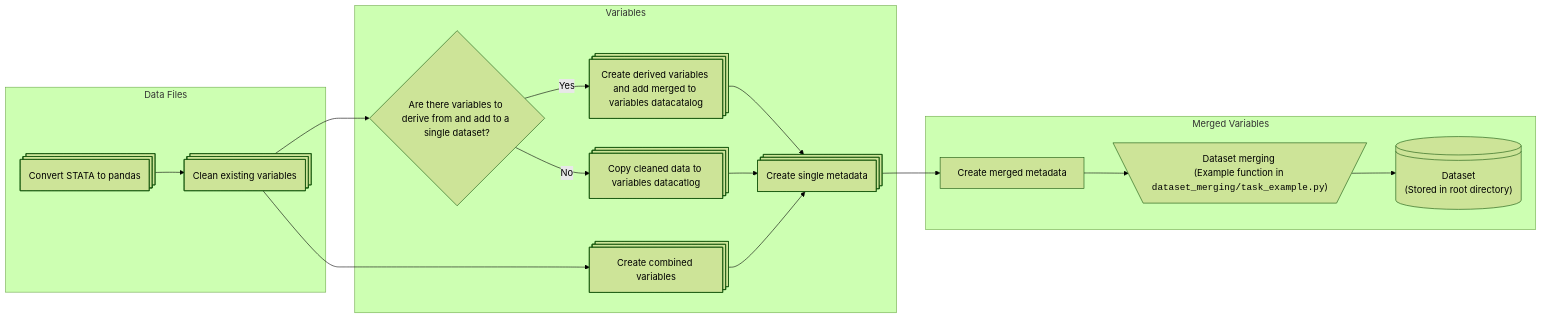
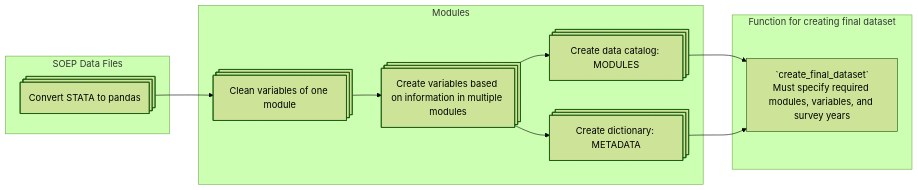
Before and after one commit to ttsim-dev/soep-preparation: the diagram in README.md, drawn with Mermaid (forest theme). The commit also changed other lines of this file and 20 other files, not shown here.

First line of the commit message:
Refactor the user facing interface to create the final dataset (#62)

````diff
--- a/README.md
+++ b/README.md
@@ -17,22 +17,18 @@
 ```mermaid
 flowchart LR
-  subgraph Data Files
-    id1@{ shape: processes, label: "Convert STATA to pandas" }-->id2@{ shape: processes, label: "Clean existing variables" }
+  subgraph SOEP Data Files
+    id1@{ shape: processes, label: "Convert STATA to pandas" }
   end
 
-  subgraph Variables
-    id2-->idDecision1{Are there variables to derive from and add to a single dataset?}
-    idDecision1-->|Yes|id3@{ shape: processes, label: "Create derived variables and add merged to variables datacatalog" }
-    idDecision1-->|No|id4@{ shape: processes, label: "Copy cleaned data to variables datacatlog" }
-    id2-->id5@{ shape: processes, label: "Create combined variables" }
-    id3-->id6@{ shape: processes, label: "Create single metadata" }
-    id4-->id6
+  subgraph Modules
+    id1-->id2@{ shape: processes, label: "Clean variables of one module" }
+    id2-->id3@{ shape: processes, label: "Create variables based on information in multiple modules" }
+    id3-->id4@{ shape: processes, label: "Create data catalog: MODULES" }
+    id3-->id5@{ shape: processes, label: "Create dictionary: METADATA" }
+  end
+
+  subgraph Function for creating final dataset
+    id4-->id6@{ label: "`create_final_dataset`\n Must specify required modules, variables, and survey years" }
     id5-->id6
   end
-
-  subgraph Merged Variables
-    id6-->id7["Create merged metadata"]
-    id7-->id8@{ shape: trap-t, label: "Dataset merging \n(Example function in <code>dataset_merging/task_example.py</code>)" }
-    id8-->id9@{ shape: lin-cyl, label: "Dataset \n(Stored in root directory)" }
-  end
 ```
````
